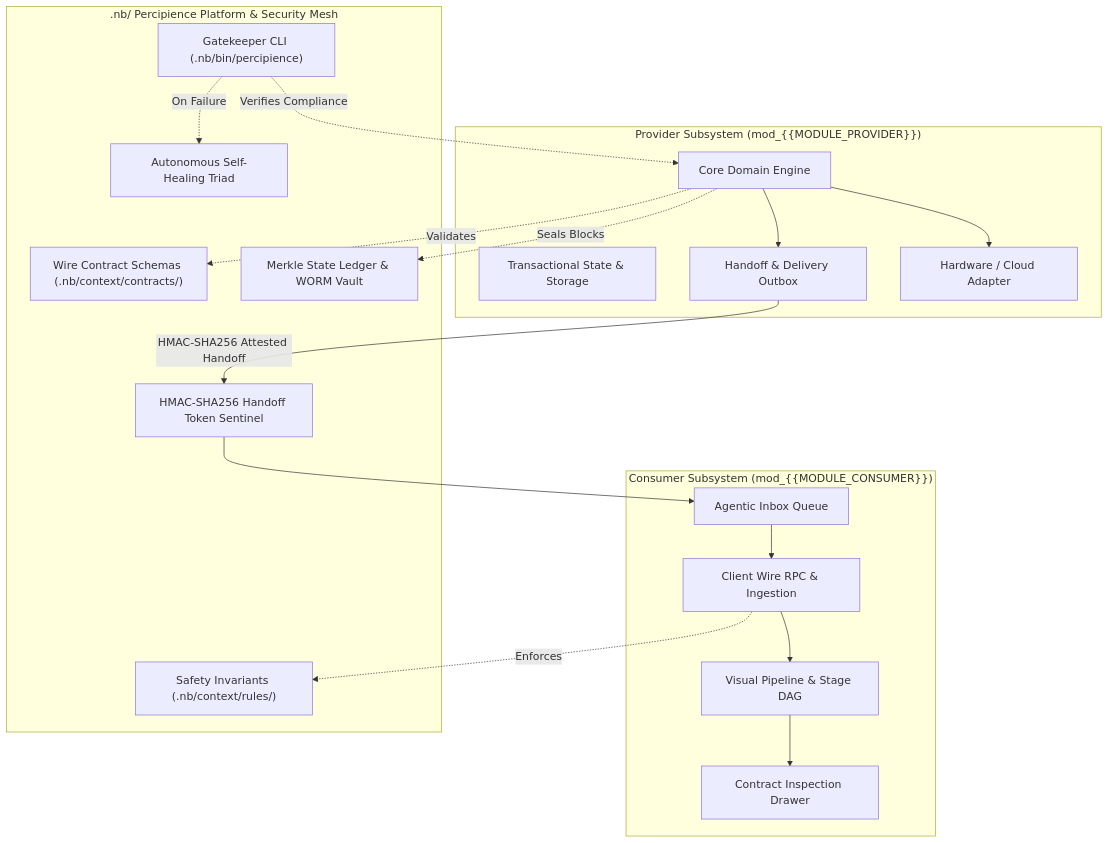
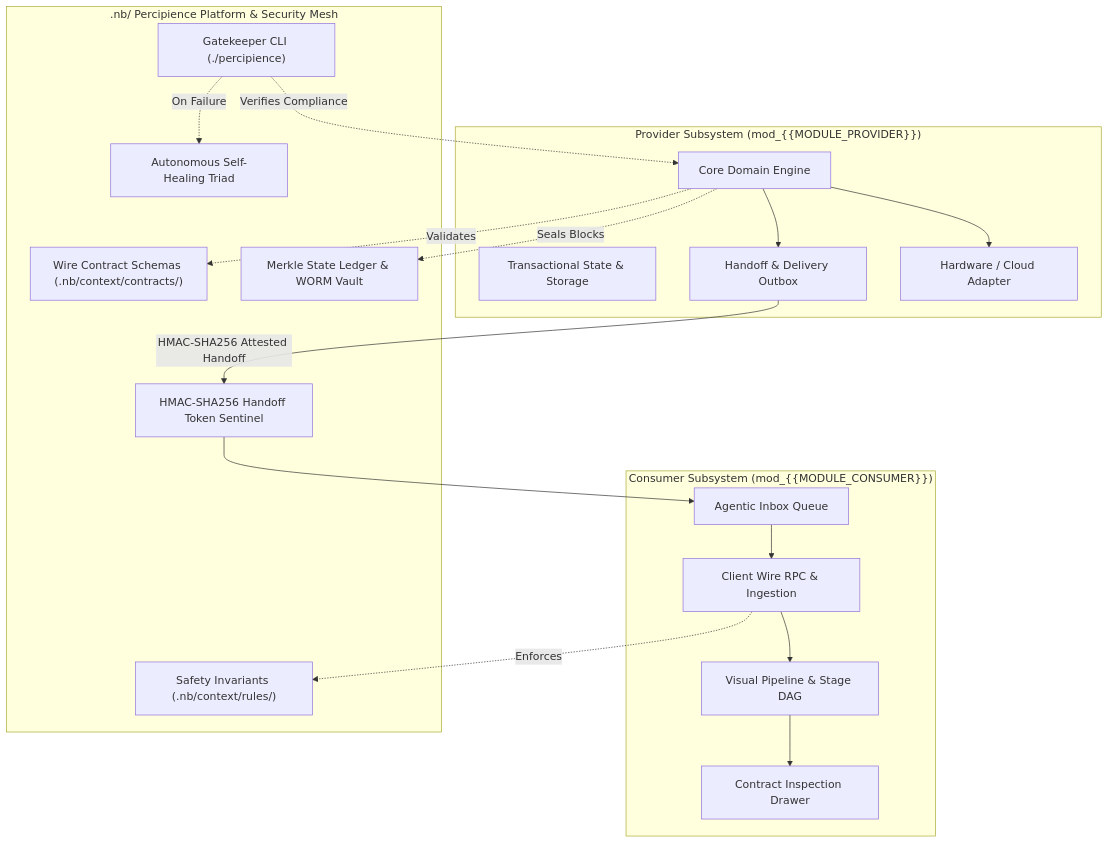
The first of 3 diagrams in .nb/plan/templates/detailed.md (lakhwindersingh/nb_antwalk), drawn with Mermaid before and after one commit. The commit also changed other lines of this file and 121 other files, not shown here.

````diff
--- a/.nb/plan/templates/detailed.md
+++ b/.nb/plan/templates/detailed.md
@@ -53,39 +53,39 @@
 ```mermaid
 graph TD
   subgraph Provider_Subsystem["Provider Subsystem (mod_{{MODULE_PROVIDER}})"]
     EngineCore["Core Domain Engine"]
     StateStore["Transactional State & Storage"]
     OutboxQueue["Handoff & Delivery Outbox"]
     AdapterBridge["Hardware / Cloud Adapter"]
   end
 
   subgraph Consumer_Subsystem["Consumer Subsystem (mod_{{MODULE_CONSUMER}})"]
     ClientRpc["Client Wire RPC & Ingestion"]
     InboxQueue["Agentic Inbox Queue"]
     PipelineView["Visual Pipeline & Stage DAG"]
     ContractDrawer["Contract Inspection Drawer"]
   end
 
   subgraph Governance_Platform[".nb/ Percipience Platform & Security Mesh"]
     ContractSchema["Wire Contract Schemas (.nb/context/contracts/)"]
     RuleInvariants["Safety Invariants (.nb/context/rules/)"]
     MerkleChain["Merkle State Ledger & WORM Vault"]
     TokenValidator["HMAC-SHA256 Handoff Token Sentinel"]
-    GatekeeperCli["Gatekeeper CLI (.nb/bin/percipience)"]
+    GatekeeperCli["Gatekeeper CLI (./percipience)"]
     HealingEngine["Autonomous Self-Healing Triad"]
   end
 
   EngineCore --> AdapterBridge
   EngineCore --> OutboxQueue
   OutboxQueue -->|HMAC-SHA256 Attested Handoff| TokenValidator
   TokenValidator --> InboxQueue
   InboxQueue --> ClientRpc
   ClientRpc --> PipelineView
   PipelineView --> ContractDrawer
 
   EngineCore -.->|Validates| ContractSchema
   ClientRpc -.->|Enforces| RuleInvariants
   EngineCore -.->|Seals Blocks| MerkleChain
   GatekeeperCli -.->|Verifies Compliance| EngineCore
   GatekeeperCli -.->|On Failure| HealingEngine
 ```
````
